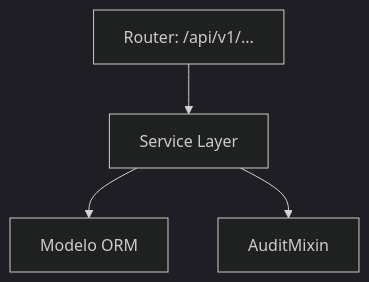
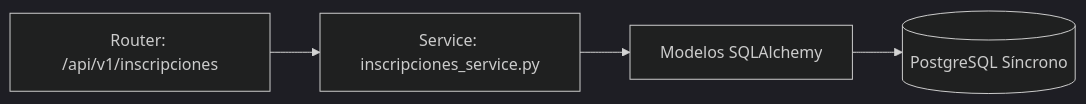
The diagram in website/docs/tecnico/04-modulos/03-inscripciones-asistencia.md (TuGfaNat/Plataforma-MEH), drawn with Mermaid (dark theme) before and after one commit. The commit also changed other lines of this file and 44 other files, not shown here.

````diff
--- a/website/docs/tecnico/04-modulos/03-inscripciones-asistencia.md
+++ b/website/docs/tecnico/04-modulos/03-inscripciones-asistencia.md
@@ -19,6 +17,6 @@
 ```mermaid
-graph TD
-    Router[Router: /api/v1/...] --> Service[Service Layer]
-    Service --> Model[Modelo ORM]
-    Service --> AuditMixin[AuditMixin]
+graph LR
+    API[Router: /api/v1/inscripciones] --> Service[Service: inscripciones_service.py]
+    Service --> Models[Modelos SQLAlchemy]
+    Models --> DB[(PostgreSQL Síncrono)]
 ```
````
